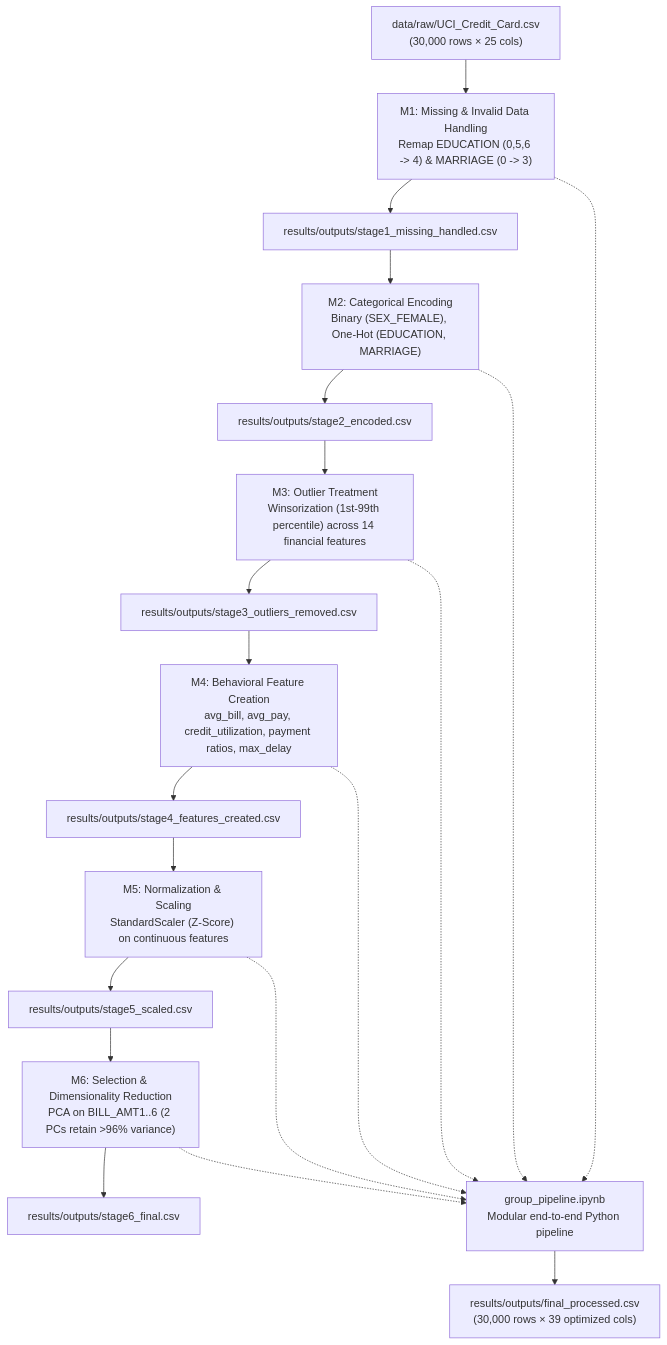
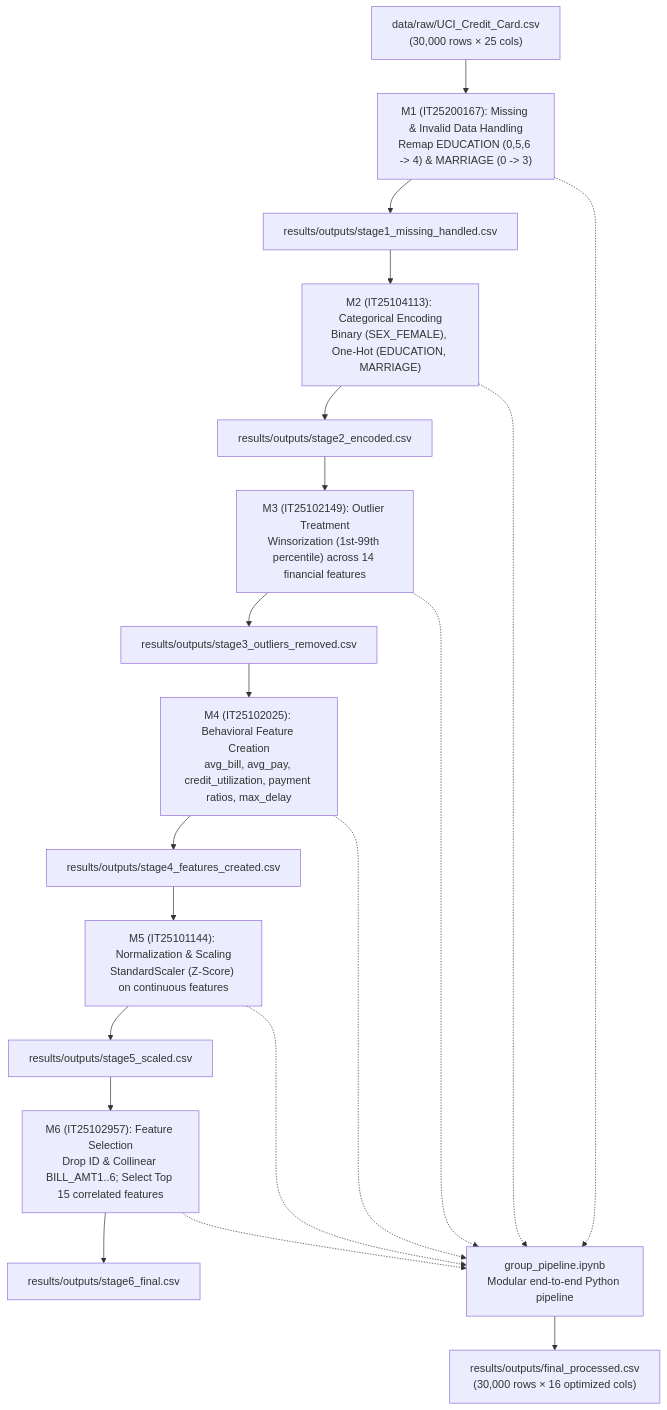
The diagram in README.md (Abishek07-UX/Default-creditcard-client), drawn with Mermaid before and after one commit. The commit also changed other lines of this file and 13 other files, not shown here.

Commit message:
Add stage6_final.csv output file with results from the final stage of processing

````diff
--- a/README.md
+++ b/README.md
@@ -41,23 +39,23 @@
 ```mermaid
 flowchart TD
-    raw["data/raw/UCI_Credit_Card.csv<br/>(30,000 rows × 25 cols)"] --> S1["M1: Missing & Invalid Data Handling<br/>Remap EDUCATION (0,5,6 -> 4) & MARRIAGE (0 -> 3)"]
+    raw["data/raw/UCI_Credit_Card.csv<br/>(30,000 rows × 25 cols)"] --> S1["M1 (IT25200167): Missing & Invalid Data Handling<br/>Remap EDUCATION (0,5,6 -> 4) & MARRIAGE (0 -> 3)"]
     S1 --> O1["results/outputs/stage1_missing_handled.csv"]
-    O1 --> S2["M2: Categorical Encoding<br/>Binary (SEX_FEMALE), One-Hot (EDUCATION, MARRIAGE)"]
+    O1 --> S2["M2 (IT25104113): Categorical Encoding<br/>Binary (SEX_FEMALE), One-Hot (EDUCATION, MARRIAGE)"]
     S2 --> O2["results/outputs/stage2_encoded.csv"]
-    O2 --> S3["M3: Outlier Treatment<br/>Winsorization (1st-99th percentile) across 14 financial features"]
+    O2 --> S3["M3 (IT25102149): Outlier Treatment<br/>Winsorization (1st-99th percentile) across 14 financial features"]
     S3 --> O3["results/outputs/stage3_outliers_removed.csv"]
-    O3 --> S4["M4: Behavioral Feature Creation<br/>avg_bill, avg_pay, credit_utilization, payment ratios, max_delay"]
+    O3 --> S4["M4 (IT25102025): Behavioral Feature Creation<br/>avg_bill, avg_pay, credit_utilization, payment ratios, max_delay"]
     S4 --> O4["results/outputs/stage4_features_created.csv"]
-    O4 --> S5["M5: Normalization & Scaling<br/>StandardScaler (Z-Score) on continuous features"]
+    O4 --> S5["M5 (IT25101144): Normalization & Scaling<br/>StandardScaler (Z-Score) on continuous features"]
     S5 --> O5["results/outputs/stage5_scaled.csv"]
-    O5 --> S6["M6: Selection & Dimensionality Reduction<br/>PCA on BILL_AMT1..6 (2 PCs retain >96% variance)"]
+    O5 --> S6["M6 (IT25102957): Feature Selection<br/>Drop ID & Collinear BILL_AMT1..6; Select Top 15 correlated features"]
     S6 --> O6["results/outputs/stage6_final.csv"]
-    
+
     S1 -.-> GP["group_pipeline.ipynb<br/>Modular end-to-end Python pipeline"]
     S2 -.-> GP
     S3 -.-> GP
     S4 -.-> GP
     S5 -.-> GP
     S6 -.-> GP
-    GP --> FINAL["results/outputs/final_processed.csv<br/>(30,000 rows × 39 optimized cols)"]
+    GP --> FINAL["results/outputs/final_processed.csv<br/>(30,000 rows × 16 optimized cols)"]
 ```
````
